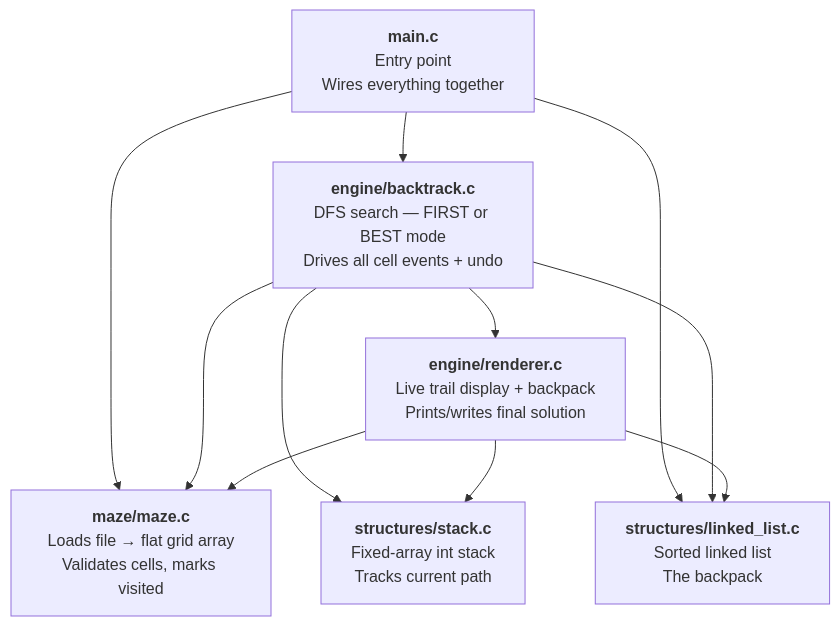
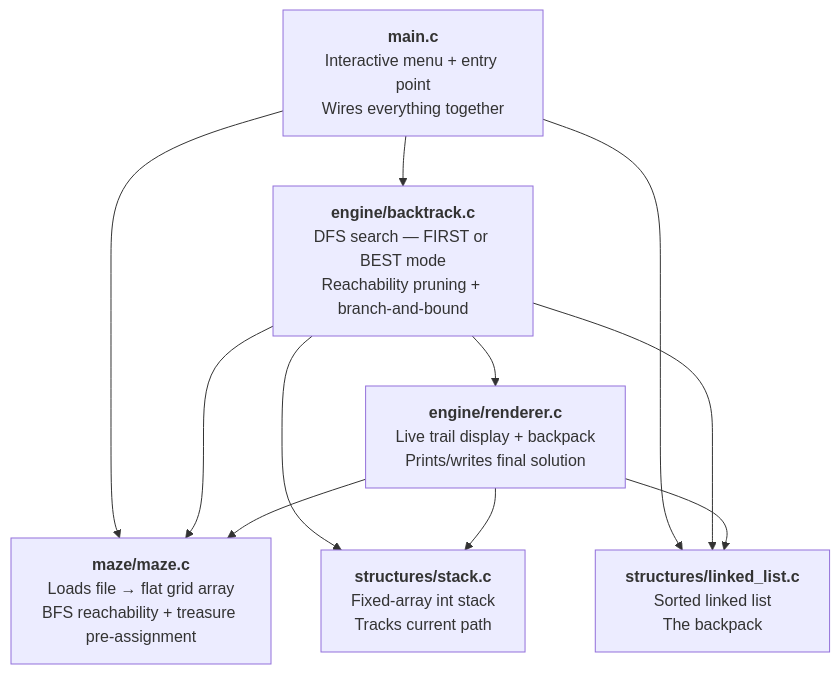
One commit to P-py/c-backtracking-maze changed the first of 5 diagrams in docs/architecture.md. Above: the diagram before and after it, drawn with Mermaid. The commit also changed other lines of this file, not shown here.

Commit message:
:pencil2: docs[architecture]: update architectural documentation and flow diagrams

````diff
--- a/docs/architecture.md
+++ b/docs/architecture.md
@@ -11,27 +11,27 @@
 ```mermaid
 graph TD
-    main["<b>main.c</b><br/>Entry point<br/>Wires everything together"]
+    main["<b>main.c</b><br/>Interactive menu + entry point<br/>Wires everything together"]
 
-    maze["<b>maze/maze.c</b><br/>Loads file → flat grid array<br/>Validates cells, marks visited"]
+    maze["<b>maze/maze.c</b><br/>Loads file → flat grid array<br/>BFS reachability + treasure pre-assignment"]
 
-    backtrack["<b>engine/backtrack.c</b><br/>DFS search — FIRST or BEST mode<br/>Drives all cell events + undo"]
+    backtrack["<b>engine/backtrack.c</b><br/>DFS search — FIRST or BEST mode<br/>Reachability pruning + branch-and-bound"]
 
     renderer["<b>engine/renderer.c</b><br/>Live trail display + backpack<br/>Prints/writes final solution"]
 
     stack["<b>structures/stack.c</b><br/>Fixed-array int stack<br/>Tracks current path"]
 
     linked_list["<b>structures/linked_list.c</b><br/>Sorted linked list<br/>The backpack"]
 
     main       --> maze
     main       --> backtrack
     main       --> linked_list
 
     backtrack  --> maze
     backtrack  --> stack
     backtrack  --> linked_list
     backtrack  --> renderer
 
     renderer   --> maze
     renderer   --> linked_list
     renderer   --> stack
 ```
````
